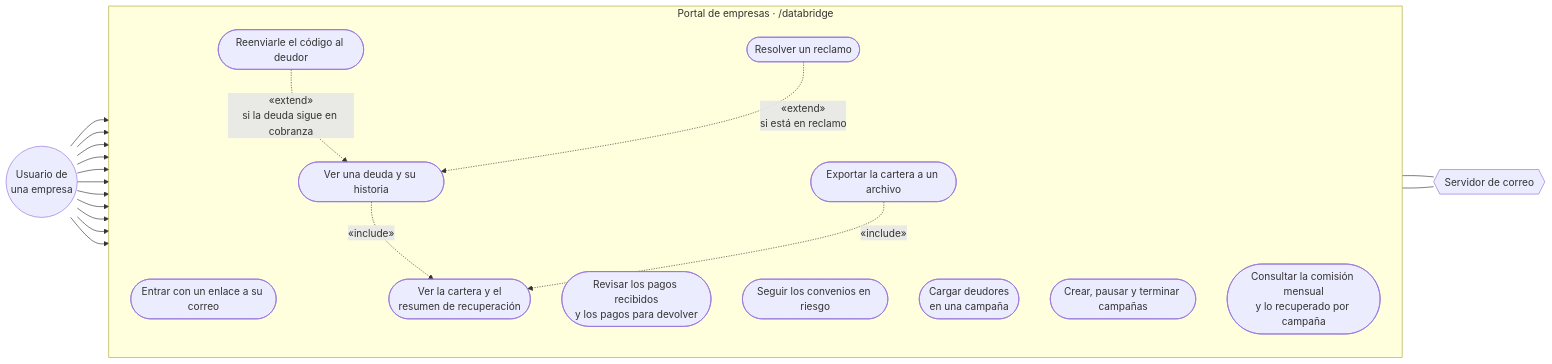
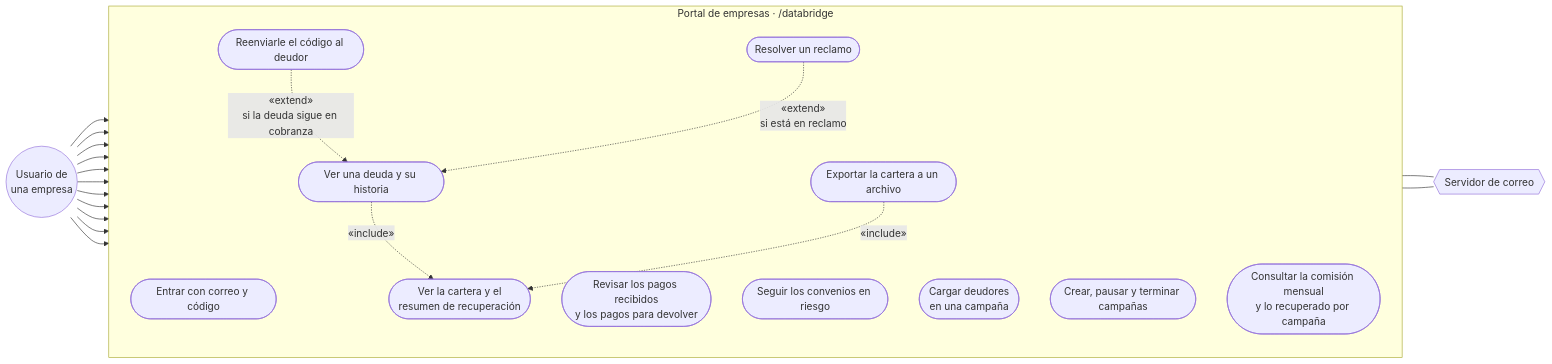
The third of 6 diagrams in docs/diagramas/casos-de-uso.md (TechnicalBridge/DataBridge), drawn with Mermaid before and after one commit. The commit also changed other lines of this file and 29 other files, not shown here.

````diff
--- a/docs/diagramas/casos-de-uso.md
+++ b/docs/diagramas/casos-de-uso.md
@@ -144,27 +144,27 @@
 ```mermaid
 flowchart LR
     USU(("Usuario de<br/>una empresa"))
     subgraph DBE["Portal de empresas · /databridge"]
         direction TB
-        E1(["Entrar con un enlace a su correo"])
+        E1(["Entrar con correo y código"])
         E2(["Ver la cartera y el<br/>resumen de recuperación"])
         E3(["Ver una deuda y su historia"])
         E4(["Reenviarle el código al deudor"])
         E5(["Resolver un reclamo"])
         E6(["Revisar los pagos recibidos<br/>y los pagos para devolver"])
         E7(["Seguir los convenios en riesgo"])
         E8(["Cargar deudores<br/>en una campaña"])
         E9(["Crear, pausar y terminar campañas"])
         E12(["Consultar la comisión mensual<br/>y lo recuperado por campaña"])
         E11(["Exportar la cartera a un archivo"])
     end
     COR{{"Servidor de correo"}}
 
     USU --> E1 & E2 & E3 & E4 & E5 & E6 & E7 & E8 & E9 & E11 & E12
     E3 -. "«include»" .-> E2
     E4 -. "«extend»<br/>si la deuda sigue en cobranza" .-> E3
     E5 -. "«extend»<br/>si está en reclamo" .-> E3
     E11 -. "«include»" .-> E2
     E1 --- COR
     E4 --- COR
 ```
````
